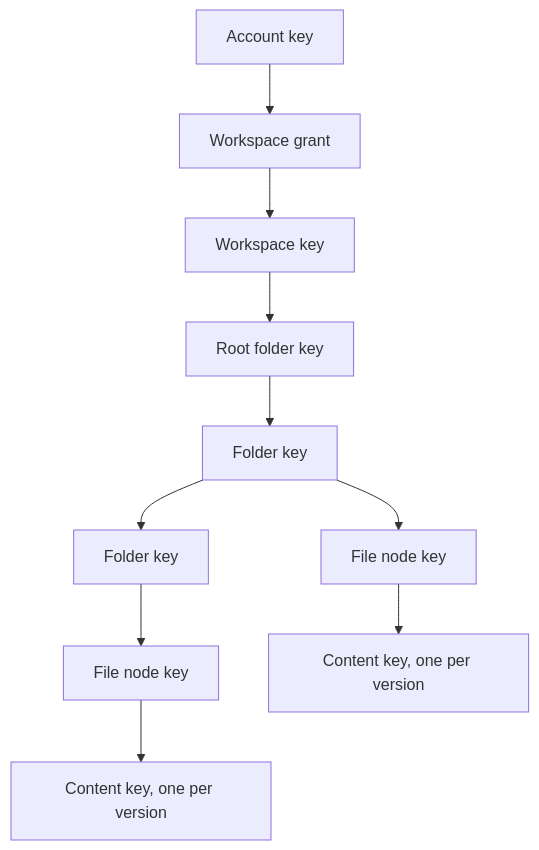
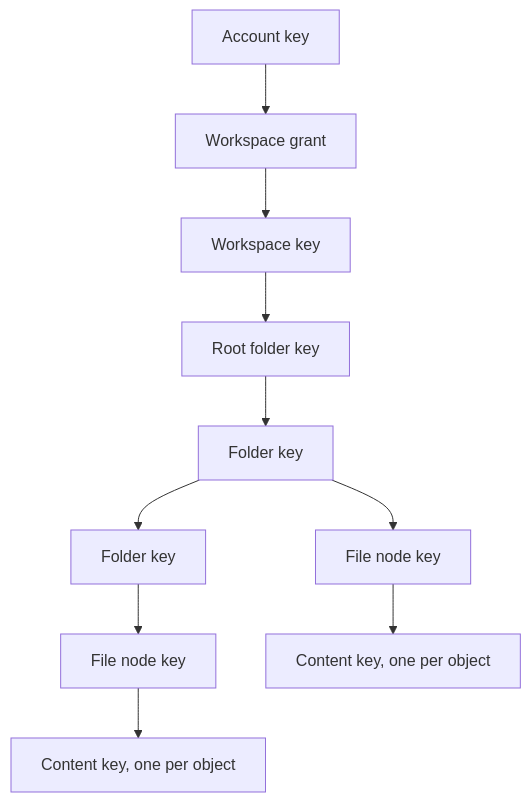
Before and after one commit to HushOS/HushOS: the diagram in docs/drive-design.md, drawn with Mermaid. The commit also changed other lines of this file and 1 other file, not shown here.

````diff
--- a/docs/drive-design.md
+++ b/docs/drive-design.md
@@ -9,12 +9,12 @@
 ```mermaid
 flowchart TD
     A[Account key] --> G[Workspace grant]
     G --> W[Workspace key]
     W --> R[Root folder key]
     R --> F1[Folder key]
     F1 --> F2[Folder key]
     F1 --> N1[File node key]
     F2 --> N2[File node key]
-    N1 --> C1[Content key, one per version]
-    N2 --> C2[Content key, one per version]
+    N1 --> C1[Content key, one per object]
+    N2 --> C2[Content key, one per object]
 ```
````
